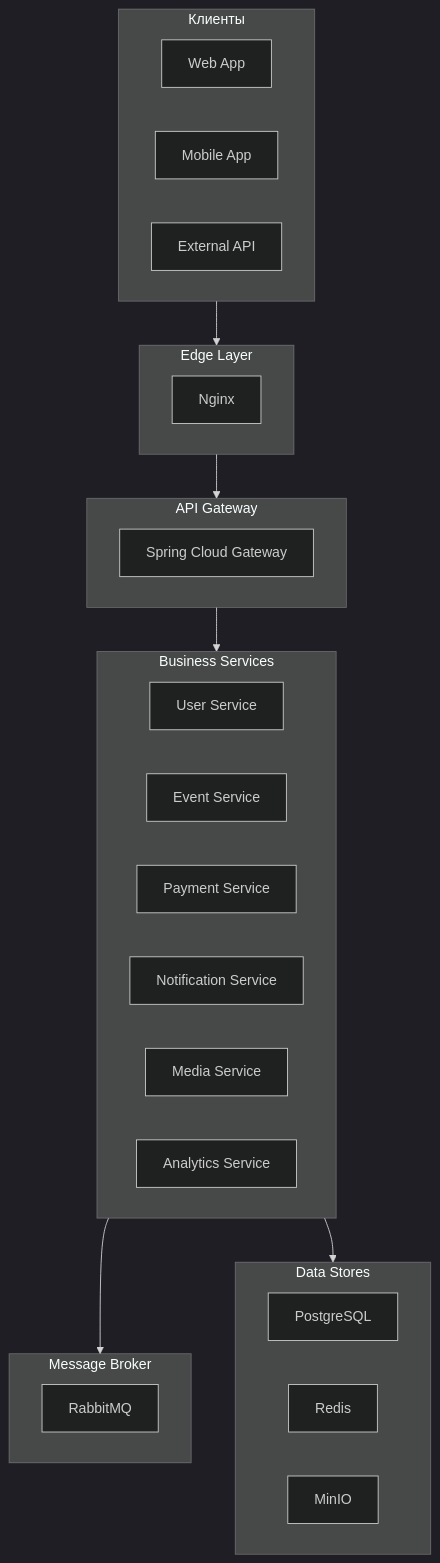
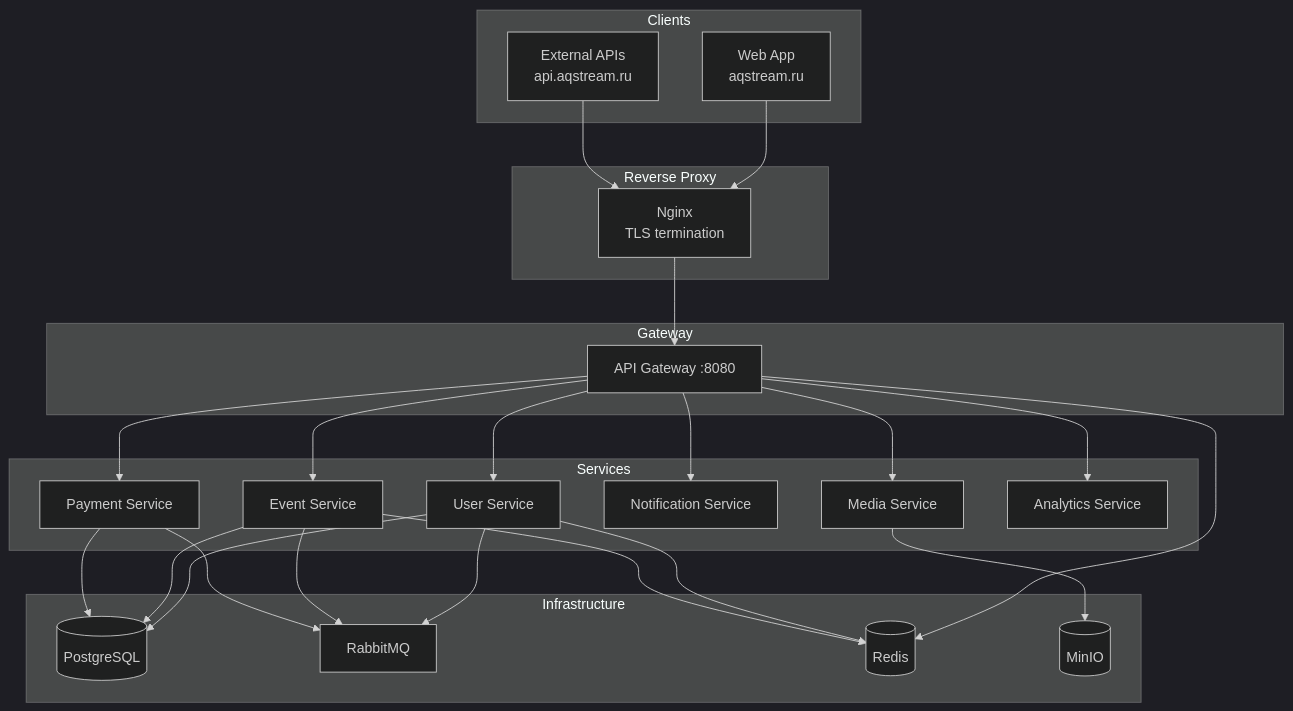
Before and after one commit to egorov-ma/aqstream: the first of 5 diagrams in docs/architecture/overview.md, drawn with Mermaid (dark theme). The commit also changed other lines of this file and 47 other files, not shown here.

````diff
--- a/docs/architecture/overview.md
+++ b/docs/architecture/overview.md
@@ -11,41 +11,40 @@
 ```mermaid
-flowchart TB
-    subgraph Clients["Клиенты"]
-        Web["Web App"]
-        Mobile["Mobile App"]
-        API["External API"]
+graph TB
+    subgraph Clients
+        WEB[Web App<br/>aqstream.ru]
+        API_CLIENT[External APIs<br/>api.aqstream.ru]
     end
-    
-    subgraph Edge["Edge Layer"]
-        Nginx["Nginx"]
+
+    subgraph Edge["Reverse Proxy"]
+        NGINX[Nginx<br/>TLS termination]
     end
-    
-    subgraph Gateway["API Gateway"]
-        GW["Spring Cloud Gateway"]
+
+    subgraph Gateway
+        GW[API Gateway :8080]
     end
-    
-    subgraph Services["Business Services"]
-        US["User Service"]
-        ES["Event Service"]
-        PS["Payment Service"]
-        NS["Notification Service"]
-        MS["Media Service"]
-        AS["Analytics Service"]
+
+    subgraph Services
+        US[User Service]
+        ES[Event Service]
+        PS[Payment Service]
+        NS[Notification Service]
+        MS[Media Service]
+        AS[Analytics Service]
     end
-    
-    subgraph Messaging["Message Broker"]
-        RMQ["RabbitMQ"]
+
+    subgraph Infrastructure
+        PG[(PostgreSQL)]
+        RMQ[RabbitMQ]
+        REDIS[(Redis)]
+        MINIO[(MinIO)]
     end
-    
-    subgraph Data["Data Stores"]
-        PG["PostgreSQL"]
-        Redis["Redis"]
-        MinIO["MinIO"]
-    end
-    
-    Clients --> Edge
-    Edge --> Gateway
-    Gateway --> Services
-    Services --> Messaging
-    Services --> Data
+
+    WEB --> NGINX
+    API_CLIENT --> NGINX
+    NGINX --> GW
+    GW --> US & ES & PS & NS & MS & AS
+    US & ES & PS --> PG
+    US & ES & PS --> RMQ
+    GW & US & ES --> REDIS
+    MS --> MINIO
 ```
````
